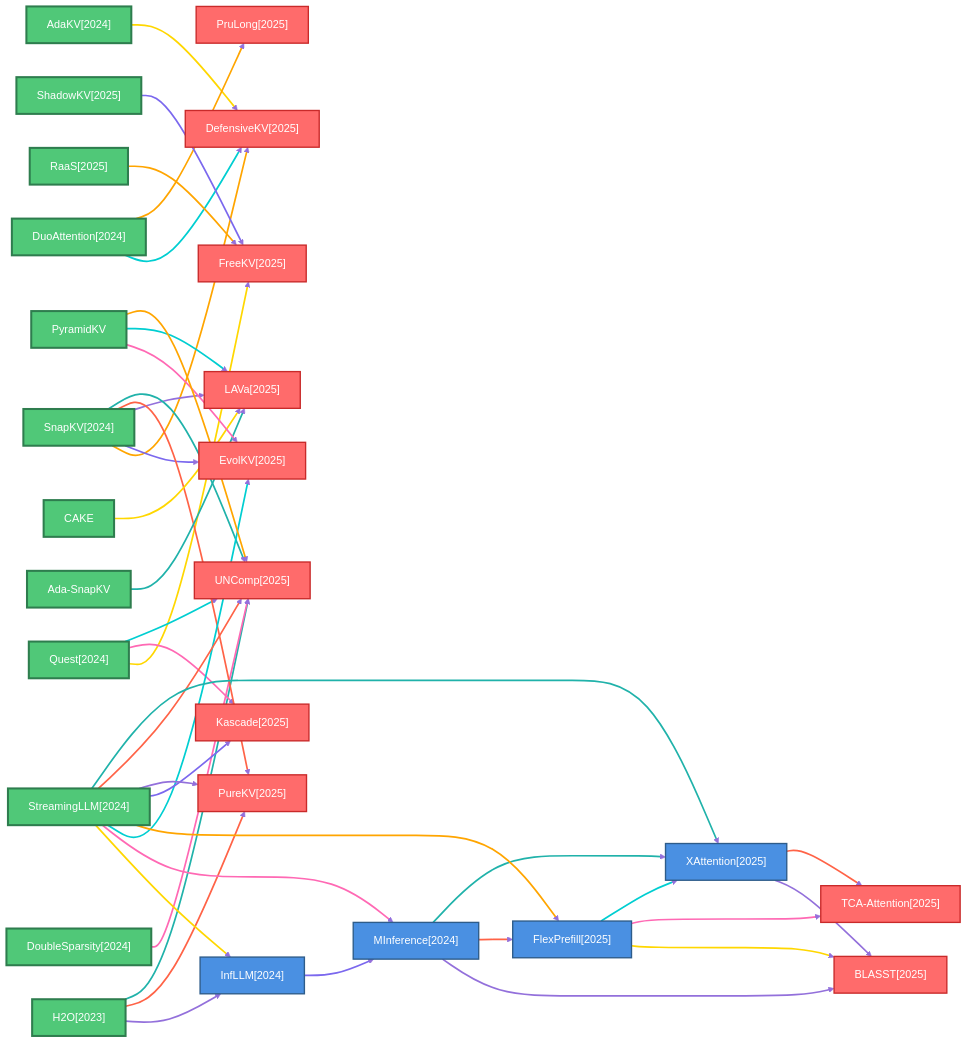
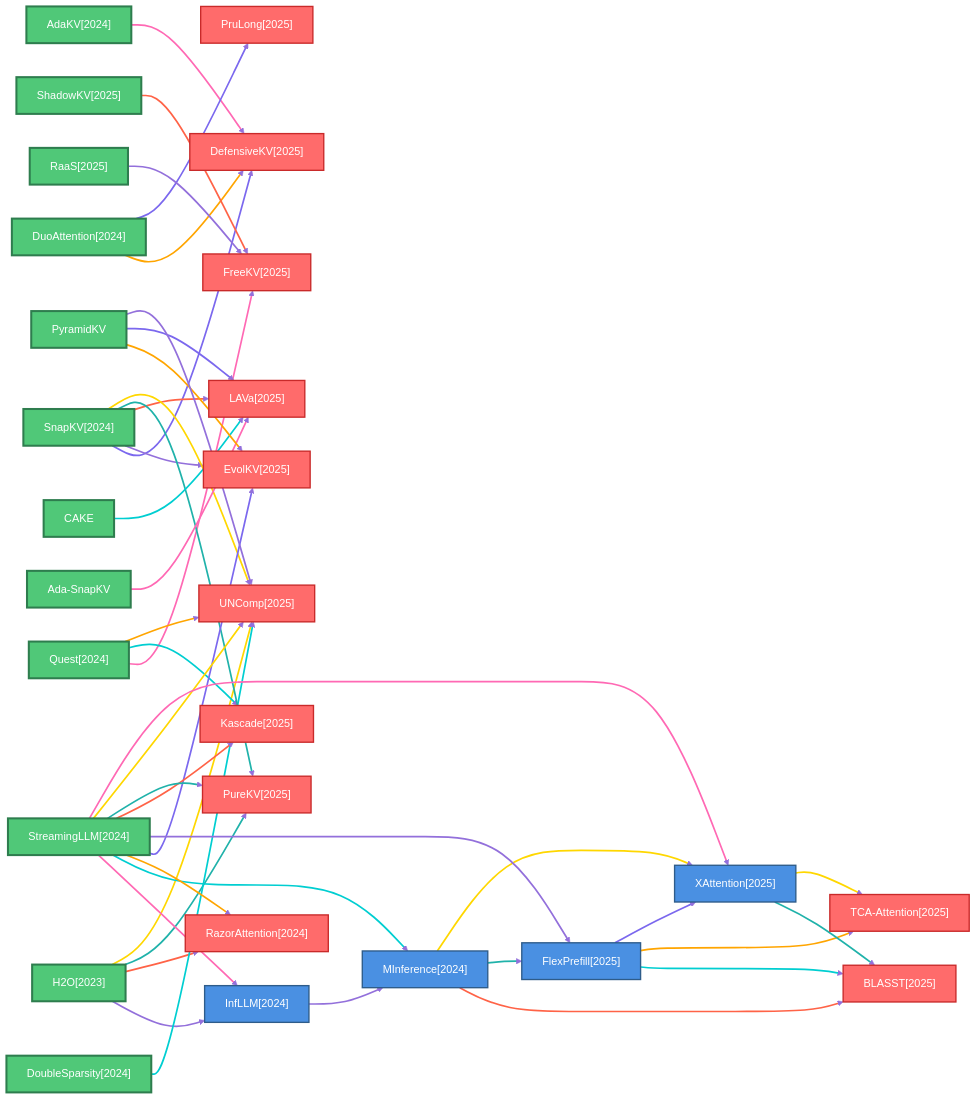
The first of 8 diagrams in docs/baseline_methods_graph.md (hustzxd/EfficientPaper), drawn with Mermaid before and after one commit. The commit also changed other lines of this file and 71 other files, not shown here.

````diff
--- a/docs/baseline_methods_graph.md
+++ b/docs/baseline_methods_graph.md
@@ -29,6 +29,8 @@
     class 2024_MInference defaultNode
     2024_Quest["Quest[2024]"]
     class 2024_Quest rootNode
+    2024_RazorAttention["RazorAttention[2024]"]
+    class 2024_RazorAttention leafNode
     2024_SnapKV["SnapKV[2024]"]
     class 2024_SnapKV rootNode
     2024_StreamingLLM["StreamingLLM[2024]"]
@@ -70,80 +72,84 @@
 
     2023_H2O ==>|" "| 2024_InfLLM
     linkStyle 0 stroke:#9370DB,stroke-width:2.5px
+    2023_H2O ==>|" "| 2024_RazorAttention
+    linkStyle 1 stroke:#FF6347,stroke-width:2.5px
     2023_H2O ==>|" "| 2025_PureKV
-    linkStyle 1 stroke:#FF6347,stroke-width:2.5px
+    linkStyle 2 stroke:#20B2AA,stroke-width:2.5px
     2023_H2O ==>|" "| 2025_UNComp
-    linkStyle 2 stroke:#20B2AA,stroke-width:2.5px
+    linkStyle 3 stroke:#FFD700,stroke-width:2.5px
     2024_AdaKV ==>|" "| 2025_DefensiveKV
-    linkStyle 3 stroke:#FFD700,stroke-width:2.5px
+    linkStyle 4 stroke:#FF69B4,stroke-width:2.5px
     2024_DoubleSparsity ==>|" "| 2025_UNComp
-    linkStyle 4 stroke:#FF69B4,stroke-width:2.5px
+    linkStyle 5 stroke:#00CED1,stroke-width:2.5px
     2024_DuoAttention ==>|" "| 2025_DefensiveKV
-    linkStyle 5 stroke:#00CED1,stroke-width:2.5px
+    linkStyle 6 stroke:#FFA500,stroke-width:2.5px
     2024_DuoAttention ==>|" "| 2025_PruLong
-    linkStyle 6 stroke:#FFA500,stroke-width:2.5px
+    linkStyle 7 stroke:#7B68EE,stroke-width:2.5px
     2024_InfLLM ==>|" "| 2024_MInference
-    linkStyle 7 stroke:#7B68EE,stroke-width:2.5px
+    linkStyle 8 stroke:#9370DB,stroke-width:2.5px
     2024_MInference ==>|" "| 2025_BLASST
-    linkStyle 8 stroke:#9370DB,stroke-width:2.5px
+    linkStyle 9 stroke:#FF6347,stroke-width:2.5px
     2024_MInference ==>|" "| 2025_FlexPrefill
-    linkStyle 9 stroke:#FF6347,stroke-width:2.5px
+    linkStyle 10 stroke:#20B2AA,stroke-width:2.5px
     2024_MInference ==>|" "| 2025_XAttention
-    linkStyle 10 stroke:#20B2AA,stroke-width:2.5px
+    linkStyle 11 stroke:#FFD700,stroke-width:2.5px
     2024_Quest ==>|" "| 2025_FreeKV
-    linkStyle 11 stroke:#FFD700,stroke-width:2.5px
+    linkStyle 12 stroke:#FF69B4,stroke-width:2.5px
     2024_Quest ==>|" "| 2025_Kascade
-    linkStyle 12 stroke:#FF69B4,stroke-width:2.5px
+    linkStyle 13 stroke:#00CED1,stroke-width:2.5px
     2024_Quest ==>|" "| 2025_UNComp
-    linkStyle 13 stroke:#00CED1,stroke-width:2.5px
+    linkStyle 14 stroke:#FFA500,stroke-width:2.5px
     2024_SnapKV ==>|" "| 2025_DefensiveKV
-    linkStyle 14 stroke:#FFA500,stroke-width:2.5px
+    linkStyle 15 stroke:#7B68EE,stroke-width:2.5px
     2024_SnapKV ==>|" "| 2025_EvolKV
-    linkStyle 15 stroke:#7B68EE,stroke-width:2.5px
+    linkStyle 16 stroke:#9370DB,stroke-width:2.5px
     2024_SnapKV ==>|" "| 2025_LAVa
-    linkStyle 16 stroke:#9370DB,stroke-width:2.5px
+    linkStyle 17 stroke:#FF6347,stroke-width:2.5px
     2024_SnapKV ==>|" "| 2025_PureKV
-    linkStyle 17 stroke:#FF6347,stroke-width:2.5px
+    linkStyle 18 stroke:#20B2AA,stroke-width:2.5px
     2024_SnapKV ==>|" "| 2025_UNComp
-    linkStyle 18 stroke:#20B2AA,stroke-width:2.5px
+    linkStyle 19 stroke:#FFD700,stroke-width:2.5px
     2024_StreamingLLM ==>|" "| 2024_InfLLM
-    linkStyle 19 stroke:#FFD700,stroke-width:2.5px
+    linkStyle 20 stroke:#FF69B4,stroke-width:2.5px
     2024_StreamingLLM ==>|" "| 2024_MInference
-    linkStyle 20 stroke:#FF69B4,stroke-width:2.5px
+    linkStyle 21 stroke:#00CED1,stroke-width:2.5px
+    2024_StreamingLLM ==>|" "| 2024_RazorAttention
+    linkStyle 22 stroke:#FFA500,stroke-width:2.5px
     2024_StreamingLLM ==>|" "| 2025_EvolKV
-    linkStyle 21 stroke:#00CED1,stroke-width:2.5px
+    linkStyle 23 stroke:#7B68EE,stroke-width:2.5px
     2024_StreamingLLM ==>|" "| 2025_FlexPrefill
-    linkStyle 22 stroke:#FFA500,stroke-width:2.5px
+    linkStyle 24 stroke:#9370DB,stroke-width:2.5px
     2024_StreamingLLM ==>|" "| 2025_Kascade
-    linkStyle 23 stroke:#7B68EE,stroke-width:2.5px
+    linkStyle 25 stroke:#FF6347,stroke-width:2.5px
     2024_StreamingLLM ==>|" "| 2025_PureKV
-    linkStyle 24 stroke:#9370DB,stroke-width:2.5px
+    linkStyle 26 stroke:#20B2AA,stroke-width:2.5px
     2024_StreamingLLM ==>|" "| 2025_UNComp
-    linkStyle 25 stroke:#FF6347,stroke-width:2.5px
+    linkStyle 27 stroke:#FFD700,stroke-width:2.5px
     2024_StreamingLLM ==>|" "| 2025_XAttention
-    linkStyle 26 stroke:#20B2AA,stroke-width:2.5px
+    linkStyle 28 stroke:#FF69B4,stroke-width:2.5px
     2025_FlexPrefill ==>|" "| 2025_BLASST
-    linkStyle 27 stroke:#FFD700,stroke-width:2.5px
+    linkStyle 29 stroke:#00CED1,stroke-width:2.5px
     2025_FlexPrefill ==>|" "| 2025_TCA_Attention
-    linkStyle 28 stroke:#FF69B4,stroke-width:2.5px
+    linkStyle 30 stroke:#FFA500,stroke-width:2.5px
     2025_FlexPrefill ==>|" "| 2025_XAttention
-    linkStyle 29 stroke:#00CED1,stroke-width:2.5px
+    linkStyle 31 stroke:#7B68EE,stroke-width:2.5px
     2025_RaaS ==>|" "| 2025_FreeKV
-    linkStyle 30 stroke:#FFA500,stroke-width:2.5px
+    linkStyle 32 stroke:#9370DB,stroke-width:2.5px
     2025_ShadowKV ==>|" "| 2025_FreeKV
-    linkStyle 31 stroke:#7B68EE,stroke-width:2.5px
+    linkStyle 33 stroke:#FF6347,stroke-width:2.5px
     2025_XAttention ==>|" "| 2025_BLASST
-    linkStyle 32 stroke:#9370DB,stroke-width:2.5px
+    linkStyle 34 stroke:#20B2AA,stroke-width:2.5px
     2025_XAttention ==>|" "| 2025_TCA_Attention
-    linkStyle 33 stroke:#FF6347,stroke-width:2.5px
+    linkStyle 35 stroke:#FFD700,stroke-width:2.5px
     Ada_SnapKV ==>|" "| 2025_LAVa
-    linkStyle 34 stroke:#20B2AA,stroke-width:2.5px
+    linkStyle 36 stroke:#FF69B4,stroke-width:2.5px
     CAKE ==>|" "| 2025_LAVa
-    linkStyle 35 stroke:#FFD700,stroke-width:2.5px
+    linkStyle 37 stroke:#00CED1,stroke-width:2.5px
     PyramidKV ==>|" "| 2025_EvolKV
-    linkStyle 36 stroke:#FF69B4,stroke-width:2.5px
+    linkStyle 38 stroke:#FFA500,stroke-width:2.5px
     PyramidKV ==>|" "| 2025_LAVa
-    linkStyle 37 stroke:#00CED1,stroke-width:2.5px
+    linkStyle 39 stroke:#7B68EE,stroke-width:2.5px
     PyramidKV ==>|" "| 2025_UNComp
-    linkStyle 38 stroke:#FFA500,stroke-width:2.5px
+    linkStyle 40 stroke:#9370DB,stroke-width:2.5px
 ```
````
